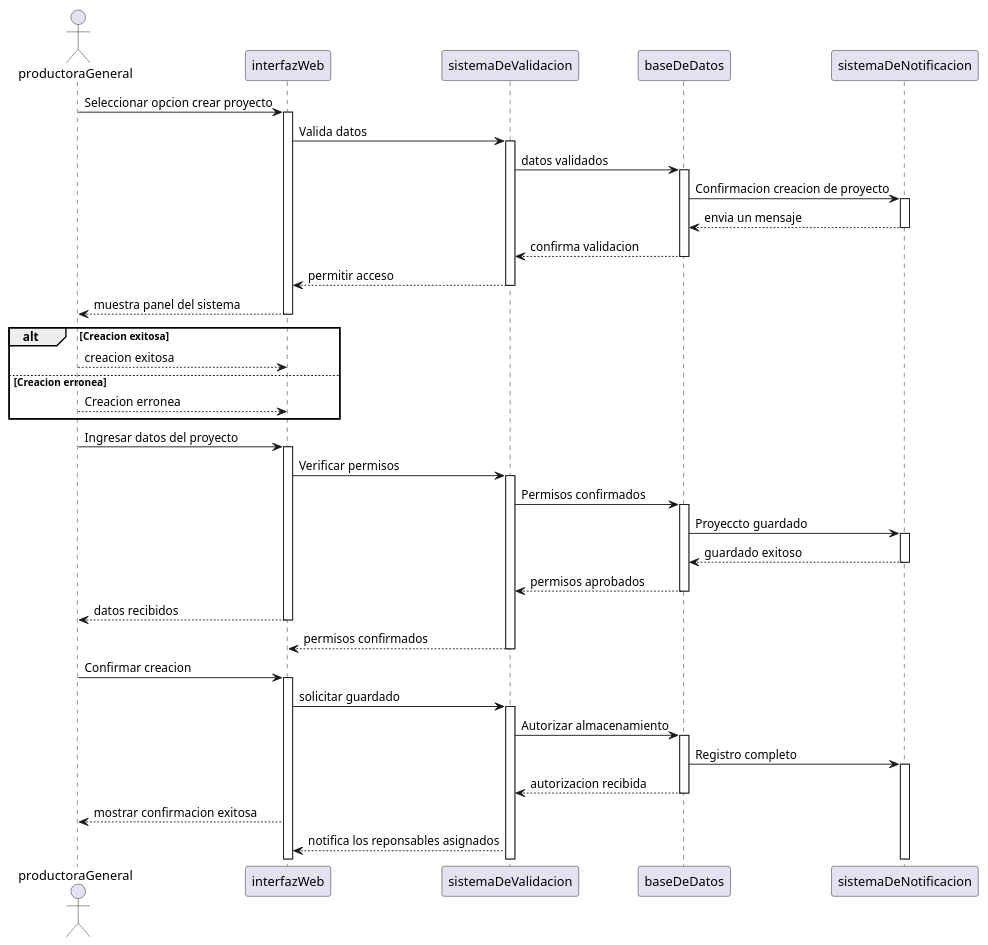
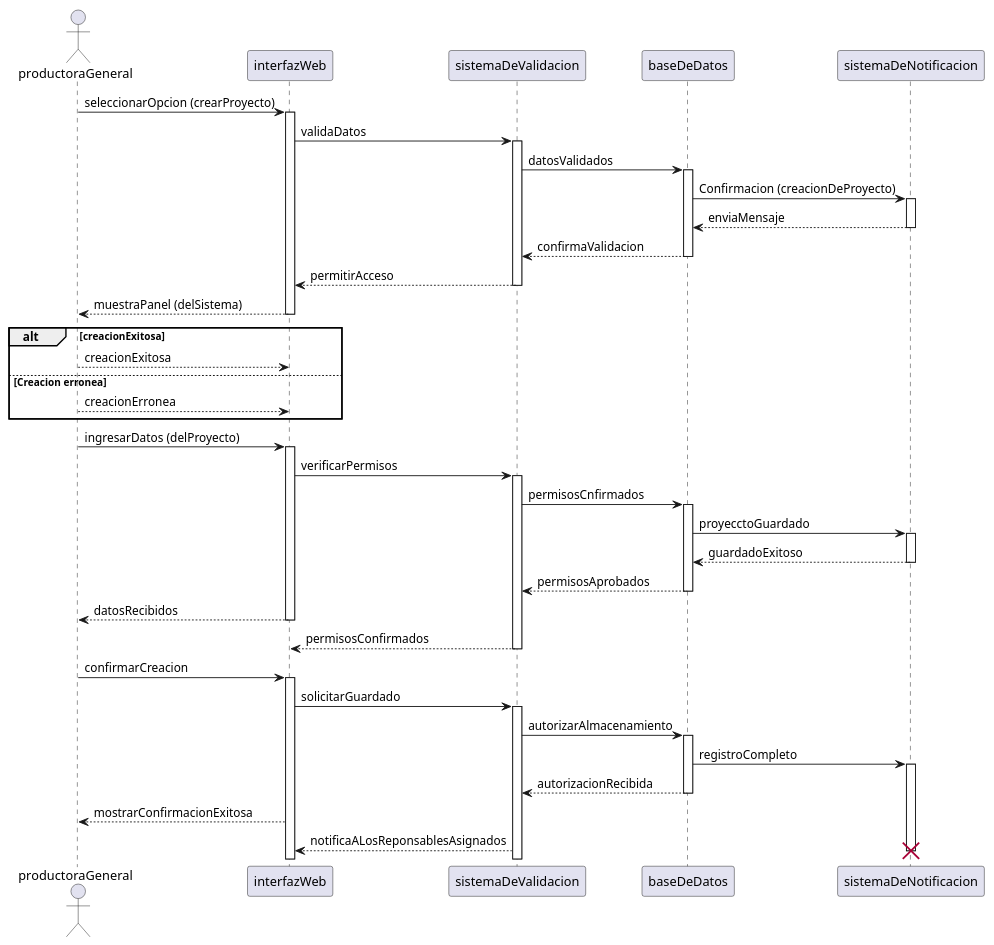
Before and after one commit to 9919-Mili/SistemaProductoraVideos: the diagram in 05-diagrama-secuencia/05-secuencia-creacion-proyecto-creacion-proyecto-exitoso-01.puml, drawn with PlantUML. The commit also changed 9 other files, not shown here.

Commit message:
Agregue diagramas png

```diff
--- a/05-diagrama-secuencia/05-secuencia-creacion-proyecto-creacion-proyecto-exitoso-01.puml
+++ b/05-diagrama-secuencia/05-secuencia-creacion-proyecto-creacion-proyecto-exitoso-01.puml
@@ -1,64 +1,66 @@
 @startuml creacion proyecto exitoso 
 actor productoraGeneral
 participant interfazWeb
 participant sistemaDeValidacion
 participant baseDeDatos
 participant sistemaDeNotificacion
 
-productoraGeneral -> interfazWeb: Seleccionar opcion crear proyecto
+productoraGeneral -> interfazWeb: seleccionarOpcion (crearProyecto)
 activate interfazWeb
-interfazWeb -> sistemaDeValidacion: Valida datos 
+interfazWeb -> sistemaDeValidacion: validaDatos 
 activate sistemaDeValidacion
-sistemaDeValidacion -> baseDeDatos: datos validados
+sistemaDeValidacion -> baseDeDatos: datosValidados
 activate baseDeDatos 
-baseDeDatos -> sistemaDeNotificacion: Confirmacion creacion de proyecto
+baseDeDatos -> sistemaDeNotificacion: Confirmacion (creacionDeProyecto)
 activate sistemaDeNotificacion
-sistemaDeNotificacion --> baseDeDatos: envia un mensaje
+sistemaDeNotificacion --> baseDeDatos: enviaMensaje
 deactivate sistemaDeNotificacion
-baseDeDatos --> sistemaDeValidacion: confirma validacion
+baseDeDatos --> sistemaDeValidacion: confirmaValidacion
 deactivate baseDeDatos
-sistemaDeValidacion --> interfazWeb: permitir acceso
+sistemaDeValidacion --> interfazWeb: permitirAcceso
 deactivate sistemaDeValidacion
-interfazWeb --> productoraGeneral: muestra panel del sistema
+interfazWeb --> productoraGeneral: muestraPanel (delSistema)
 deactivate interfazWeb
 
-alt Creacion exitosa
-    productoraGeneral --> interfazWeb: creacion exitosa
+alt creacionExitosa
+    productoraGeneral --> interfazWeb: creacionExitosa
 else Creacion erronea
-    productoraGeneral --> interfazWeb: Creacion erronea
+    productoraGeneral --> interfazWeb: creacionErronea
     end
 
 
 
-productoraGeneral -> interfazWeb: Ingresar datos del proyecto
+productoraGeneral -> interfazWeb: ingresarDatos (delProyecto)
 activate interfazWeb
-interfazWeb -> sistemaDeValidacion: Verificar permisos 
+interfazWeb -> sistemaDeValidacion: verificarPermisos 
 activate sistemaDeValidacion
-sistemaDeValidacion -> baseDeDatos: Permisos confirmados 
+sistemaDeValidacion -> baseDeDatos: permisosCnfirmados 
 activate baseDeDatos
-baseDeDatos -> sistemaDeNotificacion: Proyeccto guardado
+baseDeDatos -> sistemaDeNotificacion: proyecctoGuardado
 activate sistemaDeNotificacion
-sistemaDeNotificacion --> baseDeDatos: guardado exitoso 
+sistemaDeNotificacion --> baseDeDatos: guardadoExitoso 
 deactivate sistemaDeNotificacion
-baseDeDatos --> sistemaDeValidacion: permisos aprobados 
+baseDeDatos --> sistemaDeValidacion: permisosAprobados 
 deactivate baseDeDatos
-interfazWeb --> productoraGeneral: datos recibidos
+interfazWeb --> productoraGeneral: datosRecibidos
 deactivate interfazWeb
-sistemaDeValidacion --> interfazWeb: permisos confirmados 
+sistemaDeValidacion --> interfazWeb: permisosConfirmados 
 deactivate sistemaDeValidacion
 
-productoraGeneral -> interfazWeb: Confirmar creacion 
+productoraGeneral -> interfazWeb: confirmarCreacion 
 activate interfazWeb
-interfazWeb -> sistemaDeValidacion: solicitar guardado
+interfazWeb -> sistemaDeValidacion: solicitarGuardado
 activate sistemaDeValidacion
-sistemaDeValidacion -> baseDeDatos: Autorizar almacenamiento 
+sistemaDeValidacion -> baseDeDatos: autorizarAlmacenamiento 
 activate baseDeDatos
-baseDeDatos -> sistemaDeNotificacion: Registro completo
+baseDeDatos -> sistemaDeNotificacion: registroCompleto
 activate sistemaDeNotificacion
-baseDeDatos -->sistemaDeValidacion: autorizacion recibida
+baseDeDatos -->sistemaDeValidacion: autorizacionRecibida
 deactivate  baseDeDatos
-interfazWeb -->productoraGeneral: mostrar confirmacion exitosa
-sistemaDeValidacion--> interfazWeb:notifica los reponsables asignados
+interfazWeb -->productoraGeneral: mostrarConfirmacionExitosa
+sistemaDeValidacion--> interfazWeb: notificaALosReponsablesAsignados
+
+destroy sistemaDeNotificacion
 
 
 @enduml
```
